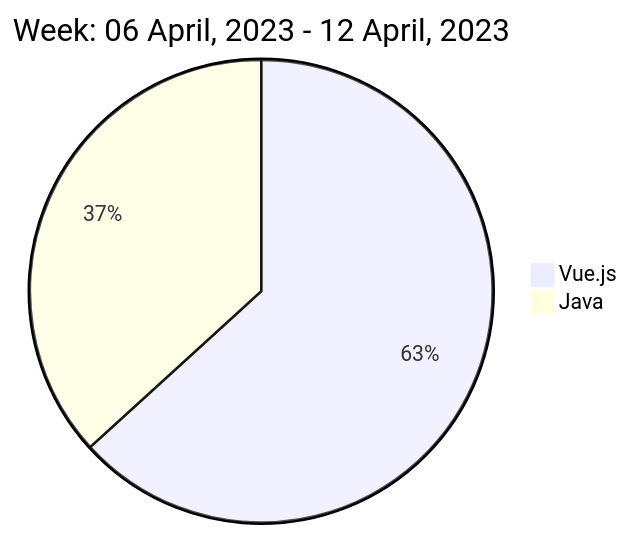
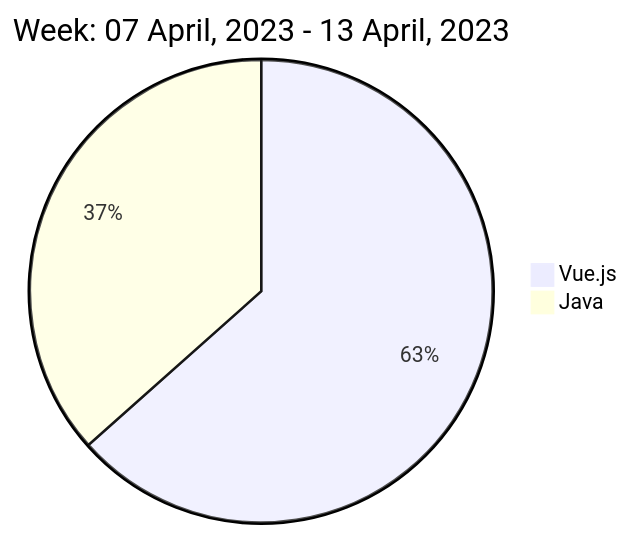
One commit to liubin95/liubin95 changed the diagram in README.md. Above: the diagram before and after it, drawn with Mermaid.

Commit message:
Updated the Graph with new Metrics

````diff
--- a/README.md
+++ b/README.md
@@ -40,6 +40,6 @@
 ```mermaid
  pie
-title Week: 06 April, 2023 - 12 April, 2023
- "Vue.js" : 1.6
- "Java" : 0.93
+title Week: 07 April, 2023 - 13 April, 2023
+ "Vue.js" : 2.22
+ "Java" : 1.28
 ```
````
